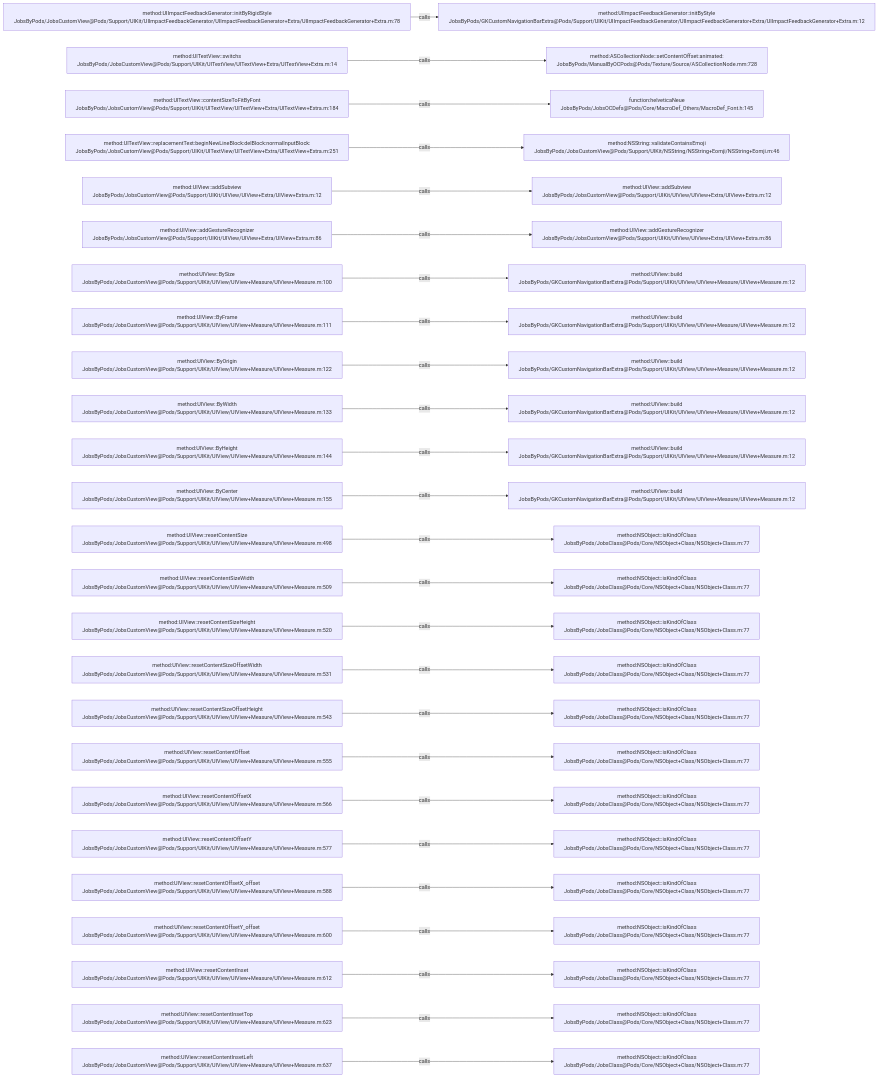
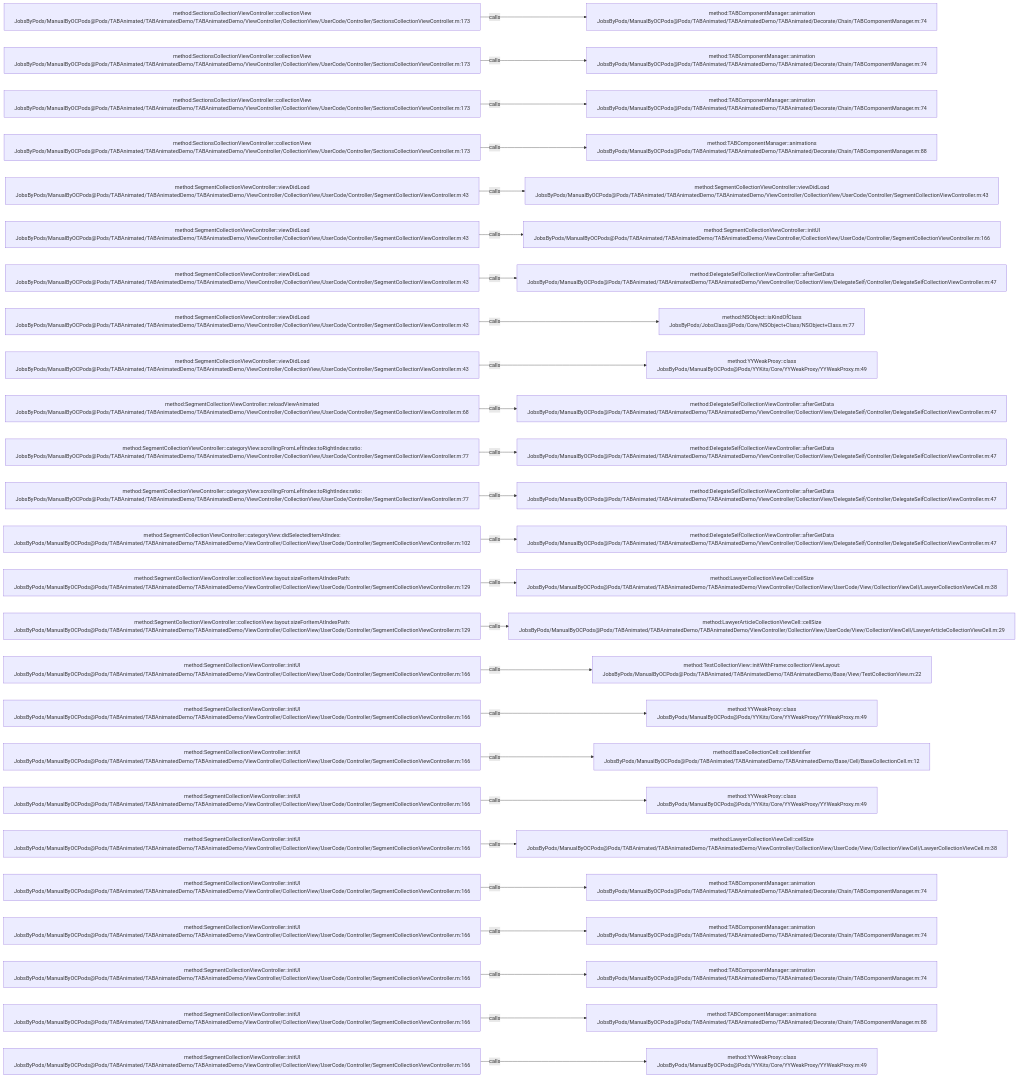
The diagram in .codegraph/codegraph.md/graphs/calls-059.md (JobsKits/JobsOCBaseConfigDemo), drawn with Mermaid before and after one commit. The commit also changed 2162 other files, not shown here.

````diff
--- a/.codegraph/codegraph.md/graphs/calls-059.md
+++ b/.codegraph/codegraph.md/graphs/calls-059.md
@@ -13,78 +13,78 @@
 ```mermaid
 flowchart LR
-  S1["method:UIImpactFeedbackGenerator::initByRigidStyle<br/>JobsByPods/JobsCustomView@Pods/Support/UIKit/UIImpactFeedbackGenerator/UIImpactFeedbackGenerator+Extra/UIImpactFeedbackGenerator+Extra.m:78"]
-  T1["method:UIImpactFeedbackGenerator::initByStyle<br/>JobsByPods/GKCustomNavigationBarExtra@Pods/Support/UIKit/UIImpactFeedbackGenerator/UIImpactFeedbackGenerator+Extra/UIImpactFeedbackGenerator+Extra.m:12"]
+  S1["method:SectionsCollectionViewController::collectionView<br/>JobsByPods/ManualByOCPods@Pods/TABAnimated/TABAnimatedDemo/TABAnimatedDemo/ViewController/CollectionView/UserCode/Controller/SectionsCollectionViewController.m:173"]
+  T1["method:TABComponentManager::animation<br/>JobsByPods/ManualByOCPods@Pods/TABAnimated/TABAnimatedDemo/TABAnimated/Decorate/Chain/TABComponentManager.m:74"]
   S1 -->|calls| T1
-  S2["method:UITextView::switchs<br/>JobsByPods/JobsCustomView@Pods/Support/UIKit/UITextView/UITextView+Extra/UITextView+Extra.m:14"]
-  T2["method:ASCollectionNode::setContentOffset:animated:<br/>JobsByPods/ManualByOCPods@Pods/Texture/Source/ASCollectionNode.mm:728"]
+  S2["method:SectionsCollectionViewController::collectionView<br/>JobsByPods/ManualByOCPods@Pods/TABAnimated/TABAnimatedDemo/TABAnimatedDemo/ViewController/CollectionView/UserCode/Controller/SectionsCollectionViewController.m:173"]
+  T2["method:TABComponentManager::animation<br/>JobsByPods/ManualByOCPods@Pods/TABAnimated/TABAnimatedDemo/TABAnimated/Decorate/Chain/TABComponentManager.m:74"]
   S2 -->|calls| T2
-  S3["method:UITextView::contentSizeToFitByFont<br/>JobsByPods/JobsCustomView@Pods/Support/UIKit/UITextView/UITextView+Extra/UITextView+Extra.m:184"]
-  T3["function:helveticaNeue<br/>JobsByPods/JobsOCDefs@Pods/Core/MacroDef_Others/MacroDef_Font.h:145"]
+  S3["method:SectionsCollectionViewController::collectionView<br/>JobsByPods/ManualByOCPods@Pods/TABAnimated/TABAnimatedDemo/TABAnimatedDemo/ViewController/CollectionView/UserCode/Controller/SectionsCollectionViewController.m:173"]
+  T3["method:TABComponentManager::animation<br/>JobsByPods/ManualByOCPods@Pods/TABAnimated/TABAnimatedDemo/TABAnimated/Decorate/Chain/TABComponentManager.m:74"]
   S3 -->|calls| T3
-  S4["method:UITextView::replacementText:beginNewLineBlock:delBlock:normalInputBlock:<br/>JobsByPods/JobsCustomView@Pods/Support/UIKit/UITextView/UITextView+Extra/UITextView+Extra.m:251"]
-  T4["method:NSString::validateContainsEmoji<br/>JobsByPods/JobsCustomView@Pods/Support/UIKit/NSString/NSString+Eomji/NSString+Eomji.m:46"]
+  S4["method:SectionsCollectionViewController::collectionView<br/>JobsByPods/ManualByOCPods@Pods/TABAnimated/TABAnimatedDemo/TABAnimatedDemo/ViewController/CollectionView/UserCode/Controller/SectionsCollectionViewController.m:173"]
+  T4["method:TABComponentManager::animations<br/>JobsByPods/ManualByOCPods@Pods/TABAnimated/TABAnimatedDemo/TABAnimated/Decorate/Chain/TABComponentManager.m:88"]
   S4 -->|calls| T4
-  S5["method:UIView::addSubview<br/>JobsByPods/JobsCustomView@Pods/Support/UIKit/UIView/UIView+Extra/UIView+Extra.m:12"]
-  T5["method:UIView::addSubview<br/>JobsByPods/JobsCustomView@Pods/Support/UIKit/UIView/UIView+Extra/UIView+Extra.m:12"]
+  S5["method:SegmentCollectionViewController::viewDidLoad<br/>JobsByPods/ManualByOCPods@Pods/TABAnimated/TABAnimatedDemo/TABAnimatedDemo/ViewController/CollectionView/UserCode/Controller/SegmentCollectionViewController.m:43"]
+  T5["method:SegmentCollectionViewController::viewDidLoad<br/>JobsByPods/ManualByOCPods@Pods/TABAnimated/TABAnimatedDemo/TABAnimatedDemo/ViewController/CollectionView/UserCode/Controller/SegmentCollectionViewController.m:43"]
   S5 -->|calls| T5
-  S6["method:UIView::addGestureRecognizer<br/>JobsByPods/JobsCustomView@Pods/Support/UIKit/UIView/UIView+Extra/UIView+Extra.m:86"]
-  T6["method:UIView::addGestureRecognizer<br/>JobsByPods/JobsCustomView@Pods/Support/UIKit/UIView/UIView+Extra/UIView+Extra.m:86"]
+  S6["method:SegmentCollectionViewController::viewDidLoad<br/>JobsByPods/ManualByOCPods@Pods/TABAnimated/TABAnimatedDemo/TABAnimatedDemo/ViewController/CollectionView/UserCode/Controller/SegmentCollectionViewController.m:43"]
+  T6["method:SegmentCollectionViewController::initUI<br/>JobsByPods/ManualByOCPods@Pods/TABAnimated/TABAnimatedDemo/TABAnimatedDemo/ViewController/CollectionView/UserCode/Controller/SegmentCollectionViewController.m:166"]
   S6 -->|calls| T6
-  S7["method:UIView::BySize<br/>JobsByPods/JobsCustomView@Pods/Support/UIKit/UIView/UIView+Measure/UIView+Measure.m:100"]
-  T7["method:UIView::build<br/>JobsByPods/GKCustomNavigationBarExtra@Pods/Support/UIKit/UIView/UIView+Measure/UIView+Measure.m:12"]
+  S7["method:SegmentCollectionViewController::viewDidLoad<br/>JobsByPods/ManualByOCPods@Pods/TABAnimated/TABAnimatedDemo/TABAnimatedDemo/ViewController/CollectionView/UserCode/Controller/SegmentCollectionViewController.m:43"]
+  T7["method:DelegateSelfCollectionViewController::afterGetData<br/>JobsByPods/ManualByOCPods@Pods/TABAnimated/TABAnimatedDemo/TABAnimatedDemo/ViewController/CollectionView/DelegateSelf/Controller/DelegateSelfCollectionViewController.m:47"]
   S7 -->|calls| T7
-  S8["method:UIView::ByFrame<br/>JobsByPods/JobsCustomView@Pods/Support/UIKit/UIView/UIView+Measure/UIView+Measure.m:111"]
-  T8["method:UIView::build<br/>JobsByPods/GKCustomNavigationBarExtra@Pods/Support/UIKit/UIView/UIView+Measure/UIView+Measure.m:12"]
+  S8["method:SegmentCollectionViewController::viewDidLoad<br/>JobsByPods/ManualByOCPods@Pods/TABAnimated/TABAnimatedDemo/TABAnimatedDemo/ViewController/CollectionView/UserCode/Controller/SegmentCollectionViewController.m:43"]
+  T8["method:NSObject::isKindOfClass<br/>JobsByPods/JobsClass@Pods/Core/NSObject+Class/NSObject+Class.m:77"]
   S8 -->|calls| T8
-  S9["method:UIView::ByOrigin<br/>JobsByPods/JobsCustomView@Pods/Support/UIKit/UIView/UIView+Measure/UIView+Measure.m:122"]
-  T9["method:UIView::build<br/>JobsByPods/GKCustomNavigationBarExtra@Pods/Support/UIKit/UIView/UIView+Measure/UIView+Measure.m:12"]
+  S9["method:SegmentCollectionViewController::viewDidLoad<br/>JobsByPods/ManualByOCPods@Pods/TABAnimated/TABAnimatedDemo/TABAnimatedDemo/ViewController/CollectionView/UserCode/Controller/SegmentCollectionViewController.m:43"]
+  T9["method:YYWeakProxy::class<br/>JobsByPods/ManualByOCPods@Pods/YYKits/Core/YYWeakProxy/YYWeakProxy.m:49"]
   S9 -->|calls| T9
-  S10["method:UIView::ByWidth<br/>JobsByPods/JobsCustomView@Pods/Support/UIKit/UIView/UIView+Measure/UIView+Measure.m:133"]
-  T10["method:UIView::build<br/>JobsByPods/GKCustomNavigationBarExtra@Pods/Support/UIKit/UIView/UIView+Measure/UIView+Measure.m:12"]
+  S10["method:SegmentCollectionViewController::reloadViewAnimated<br/>JobsByPods/ManualByOCPods@Pods/TABAnimated/TABAnimatedDemo/TABAnimatedDemo/ViewController/CollectionView/UserCode/Controller/SegmentCollectionViewController.m:68"]
+  T10["method:DelegateSelfCollectionViewController::afterGetData<br/>JobsByPods/ManualByOCPods@Pods/TABAnimated/TABAnimatedDemo/TABAnimatedDemo/ViewController/CollectionView/DelegateSelf/Controller/DelegateSelfCollectionViewController.m:47"]
   S10 -->|calls| T10
-  S11["method:UIView::ByHeight<br/>JobsByPods/JobsCustomView@Pods/Support/UIKit/UIView/UIView+Measure/UIView+Measure.m:144"]
-  T11["method:UIView::build<br/>JobsByPods/GKCustomNavigationBarExtra@Pods/Support/UIKit/UIView/UIView+Measure/UIView+Measure.m:12"]
+  S11["method:SegmentCollectionViewController::categoryView:scrollingFromLeftIndex:toRightIndex:ratio:<br/>JobsByPods/ManualByOCPods@Pods/TABAnimated/TABAnimatedDemo/TABAnimatedDemo/ViewController/CollectionView/UserCode/Controller/SegmentCollectionViewController.m:77"]
+  T11["method:DelegateSelfCollectionViewController::afterGetData<br/>JobsByPods/ManualByOCPods@Pods/TABAnimated/TABAnimatedDemo/TABAnimatedDemo/ViewController/CollectionView/DelegateSelf/Controller/DelegateSelfCollectionViewController.m:47"]
   S11 -->|calls| T11
-  S12["method:UIView::ByCenter<br/>JobsByPods/JobsCustomView@Pods/Support/UIKit/UIView/UIView+Measure/UIView+Measure.m:155"]
-  T12["method:UIView::build<br/>JobsByPods/GKCustomNavigationBarExtra@Pods/Support/UIKit/UIView/UIView+Measure/UIView+Measure.m:12"]
+  S12["method:SegmentCollectionViewController::categoryView:scrollingFromLeftIndex:toRightIndex:ratio:<br/>JobsByPods/ManualByOCPods@Pods/TABAnimated/TABAnimatedDemo/TABAnimatedDemo/ViewController/CollectionView/UserCode/Controller/SegmentCollectionViewController.m:77"]
+  T12["method:DelegateSelfCollectionViewController::afterGetData<br/>JobsByPods/ManualByOCPods@Pods/TABAnimated/TABAnimatedDemo/TABAnimatedDemo/ViewController/CollectionView/DelegateSelf/Controller/DelegateSelfCollectionViewController.m:47"]
   S12 -->|calls| T12
-  S13["method:UIView::resetContentSize<br/>JobsByPods/JobsCustomView@Pods/Support/UIKit/UIView/UIView+Measure/UIView+Measure.m:498"]
-  T13["method:NSObject::isKindOfClass<br/>JobsByPods/JobsClass@Pods/Core/NSObject+Class/NSObject+Class.m:77"]
+  S13["method:SegmentCollectionViewController::categoryView:didSelectedItemAtIndex:<br/>JobsByPods/ManualByOCPods@Pods/TABAnimated/TABAnimatedDemo/TABAnimatedDemo/ViewController/CollectionView/UserCode/Controller/SegmentCollectionViewController.m:102"]
+  T13["method:DelegateSelfCollectionViewController::afterGetData<br/>JobsByPods/ManualByOCPods@Pods/TABAnimated/TABAnimatedDemo/TABAnimatedDemo/ViewController/CollectionView/DelegateSelf/Controller/DelegateSelfCollectionViewController.m:47"]
   S13 -->|calls| T13
-  S14["method:UIView::resetContentSizeWidth<br/>JobsByPods/JobsCustomView@Pods/Support/UIKit/UIView/UIView+Measure/UIView+Measure.m:509"]
-  T14["method:NSObject::isKindOfClass<br/>JobsByPods/JobsClass@Pods/Core/NSObject+Class/NSObject+Class.m:77"]
+  S14["method:SegmentCollectionViewController::collectionView:layout:sizeForItemAtIndexPath:<br/>JobsByPods/ManualByOCPods@Pods/TABAnimated/TABAnimatedDemo/TABAnimatedDemo/ViewController/CollectionView/UserCode/Controller/SegmentCollectionViewController.m:129"]
+  T14["method:LawyerCollectionViewCell::cellSize<br/>JobsByPods/ManualByOCPods@Pods/TABAnimated/TABAnimatedDemo/TABAnimatedDemo/ViewController/CollectionView/UserCode/View/CollectionViewCell/LawyerCollectionViewCell.m:38"]
   S14 -->|calls| T14
-  S15["method:UIView::resetContentSizeHeight<br/>JobsByPods/JobsCustomView@Pods/Support/UIKit/UIView/UIView+Measure/UIView+Measure.m:520"]
-  T15["method:NSObject::isKindOfClass<br/>JobsByPods/JobsClass@Pods/Core/NSObject+Class/NSObject+Class.m:77"]
+  S15["method:SegmentCollectionViewController::collectionView:layout:sizeForItemAtIndexPath:<br/>JobsByPods/ManualByOCPods@Pods/TABAnimated/TABAnimatedDemo/TABAnimatedDemo/ViewController/CollectionView/UserCode/Controller/SegmentCollectionViewController.m:129"]
+  T15["method:LawyerArticleCollectionViewCell::cellSize<br/>JobsByPods/ManualByOCPods@Pods/TABAnimated/TABAnimatedDemo/TABAnimatedDemo/ViewController/CollectionView/UserCode/View/CollectionViewCell/LawyerArticleCollectionViewCell.m:29"]
   S15 -->|calls| T15
-  S16["method:UIView::resetContentSizeOffsetWidth<br/>JobsByPods/JobsCustomView@Pods/Support/UIKit/UIView/UIView+Measure/UIView+Measure.m:531"]
-  T16["method:NSObject::isKindOfClass<br/>JobsByPods/JobsClass@Pods/Core/NSObject+Class/NSObject+Class.m:77"]
+  S16["method:SegmentCollectionViewController::initUI<br/>JobsByPods/ManualByOCPods@Pods/TABAnimated/TABAnimatedDemo/TABAnimatedDemo/ViewController/CollectionView/UserCode/Controller/SegmentCollectionViewController.m:166"]
+  T16["method:TestCollectionView::initWithFrame:collectionViewLayout:<br/>JobsByPods/ManualByOCPods@Pods/TABAnimated/TABAnimatedDemo/TABAnimatedDemo/Base/View/TestCollectionView.m:22"]
   S16 -->|calls| T16
-  S17["method:UIView::resetContentSizeOffsetHeight<br/>JobsByPods/JobsCustomView@Pods/Support/UIKit/UIView/UIView+Measure/UIView+Measure.m:543"]
-  T17["method:NSObject::isKindOfClass<br/>JobsByPods/JobsClass@Pods/Core/NSObject+Class/NSObject+Class.m:77"]
+  S17["method:SegmentCollectionViewController::initUI<br/>JobsByPods/ManualByOCPods@Pods/TABAnimated/TABAnimatedDemo/TABAnimatedDemo/ViewController/CollectionView/UserCode/Controller/SegmentCollectionViewController.m:166"]
+  T17["method:YYWeakProxy::class<br/>JobsByPods/ManualByOCPods@Pods/YYKits/Core/YYWeakProxy/YYWeakProxy.m:49"]
   S17 -->|calls| T17
-  S18["method:UIView::resetContentOffset<br/>JobsByPods/JobsCustomView@Pods/Support/UIKit/UIView/UIView+Measure/UIView+Measure.m:555"]
-  T18["method:NSObject::isKindOfClass<br/>JobsByPods/JobsClass@Pods/Core/NSObject+Class/NSObject+Class.m:77"]
+  S18["method:SegmentCollectionViewController::initUI<br/>JobsByPods/ManualByOCPods@Pods/TABAnimated/TABAnimatedDemo/TABAnimatedDemo/ViewController/CollectionView/UserCode/Controller/SegmentCollectionViewController.m:166"]
+  T18["method:BaseCollectionCell::cellIdentifier<br/>JobsByPods/ManualByOCPods@Pods/TABAnimated/TABAnimatedDemo/TABAnimatedDemo/Base/Cell/BaseCollectionCell.m:12"]
   S18 -->|calls| T18
-  S19["method:UIView::resetContentOffsetX<br/>JobsByPods/JobsCustomView@Pods/Support/UIKit/UIView/UIView+Measure/UIView+Measure.m:566"]
-  T19["method:NSObject::isKindOfClass<br/>JobsByPods/JobsClass@Pods/Core/NSObject+Class/NSObject+Class.m:77"]
+  S19["method:SegmentCollectionViewController::initUI<br/>JobsByPods/ManualByOCPods@Pods/TABAnimated/TABAnimatedDemo/TABAnimatedDemo/ViewController/CollectionView/UserCode/Controller/SegmentCollectionViewController.m:166"]
+  T19["method:YYWeakProxy::class<br/>JobsByPods/ManualByOCPods@Pods/YYKits/Core/YYWeakProxy/YYWeakProxy.m:49"]
   S19 -->|calls| T19
-  S20["method:UIView::resetContentOffsetY<br/>JobsByPods/JobsCustomView@Pods/Support/UIKit/UIView/UIView+Measure/UIView+Measure.m:577"]
-  T20["method:NSObject::isKindOfClass<br/>JobsByPods/JobsClass@Pods/Core/NSObject+Class/NSObject+Class.m:77"]
+  S20["method:SegmentCollectionViewController::initUI<br/>JobsByPods/ManualByOCPods@Pods/TABAnimated/TABAnimatedDemo/TABAnimatedDemo/ViewController/CollectionView/UserCode/Controller/SegmentCollectionViewController.m:166"]
+  T20["method:LawyerCollectionViewCell::cellSize<br/>JobsByPods/ManualByOCPods@Pods/TABAnimated/TABAnimatedDemo/TABAnimatedDemo/ViewController/CollectionView/UserCode/View/CollectionViewCell/LawyerCollectionViewCell.m:38"]
   S20 -->|calls| T20
-  S21["method:UIView::resetContentOffsetX_offset<br/>JobsByPods/JobsCustomView@Pods/Support/UIKit/UIView/UIView+Measure/UIView+Measure.m:588"]
-  T21["method:NSObject::isKindOfClass<br/>JobsByPods/JobsClass@Pods/Core/NSObject+Class/NSObject+Class.m:77"]
+  S21["method:SegmentCollectionViewController::initUI<br/>JobsByPods/ManualByOCPods@Pods/TABAnimated/TABAnimatedDemo/TABAnimatedDemo/ViewController/CollectionView/UserCode/Controller/SegmentCollectionViewController.m:166"]
+  T21["method:TABComponentManager::animation<br/>JobsByPods/ManualByOCPods@Pods/TABAnimated/TABAnimatedDemo/TABAnimated/Decorate/Chain/TABComponentManager.m:74"]
   S21 -->|calls| T21
-  S22["method:UIView::resetContentOffsetY_offset<br/>JobsByPods/JobsCustomView@Pods/Support/UIKit/UIView/UIView+Measure/UIView+Measure.m:600"]
-  T22["method:NSObject::isKindOfClass<br/>JobsByPods/JobsClass@Pods/Core/NSObject+Class/NSObject+Class.m:77"]
+  S22["method:SegmentCollectionViewController::initUI<br/>JobsByPods/ManualByOCPods@Pods/TABAnimated/TABAnimatedDemo/TABAnimatedDemo/ViewController/CollectionView/UserCode/Controller/SegmentCollectionViewController.m:166"]
+  T22["method:TABComponentManager::animation<br/>JobsByPods/ManualByOCPods@Pods/TABAnimated/TABAnimatedDemo/TABAnimated/Decorate/Chain/TABComponentManager.m:74"]
   S22 -->|calls| T22
-  S23["method:UIView::resetContentInset<br/>JobsByPods/JobsCustomView@Pods/Support/UIKit/UIView/UIView+Measure/UIView+Measure.m:612"]
-  T23["method:NSObject::isKindOfClass<br/>JobsByPods/JobsClass@Pods/Core/NSObject+Class/NSObject+Class.m:77"]
+  S23["method:SegmentCollectionViewController::initUI<br/>JobsByPods/ManualByOCPods@Pods/TABAnimated/TABAnimatedDemo/TABAnimatedDemo/ViewController/CollectionView/UserCode/Controller/SegmentCollectionViewController.m:166"]
+  T23["method:TABComponentManager::animation<br/>JobsByPods/ManualByOCPods@Pods/TABAnimated/TABAnimatedDemo/TABAnimated/Decorate/Chain/TABComponentManager.m:74"]
   S23 -->|calls| T23
-  S24["method:UIView::resetContentInsetTop<br/>JobsByPods/JobsCustomView@Pods/Support/UIKit/UIView/UIView+Measure/UIView+Measure.m:623"]
-  T24["method:NSObject::isKindOfClass<br/>JobsByPods/JobsClass@Pods/Core/NSObject+Class/NSObject+Class.m:77"]
+  S24["method:SegmentCollectionViewController::initUI<br/>JobsByPods/ManualByOCPods@Pods/TABAnimated/TABAnimatedDemo/TABAnimatedDemo/ViewController/CollectionView/UserCode/Controller/SegmentCollectionViewController.m:166"]
+  T24["method:TABComponentManager::animations<br/>JobsByPods/ManualByOCPods@Pods/TABAnimated/TABAnimatedDemo/TABAnimated/Decorate/Chain/TABComponentManager.m:88"]
   S24 -->|calls| T24
-  S25["method:UIView::resetContentInsetLeft<br/>JobsByPods/JobsCustomView@Pods/Support/UIKit/UIView/UIView+Measure/UIView+Measure.m:637"]
-  T25["method:NSObject::isKindOfClass<br/>JobsByPods/JobsClass@Pods/Core/NSObject+Class/NSObject+Class.m:77"]
+  S25["method:SegmentCollectionViewController::initUI<br/>JobsByPods/ManualByOCPods@Pods/TABAnimated/TABAnimatedDemo/TABAnimatedDemo/ViewController/CollectionView/UserCode/Controller/SegmentCollectionViewController.m:166"]
+  T25["method:YYWeakProxy::class<br/>JobsByPods/ManualByOCPods@Pods/YYKits/Core/YYWeakProxy/YYWeakProxy.m:49"]
   S25 -->|calls| T25
 ```
````
